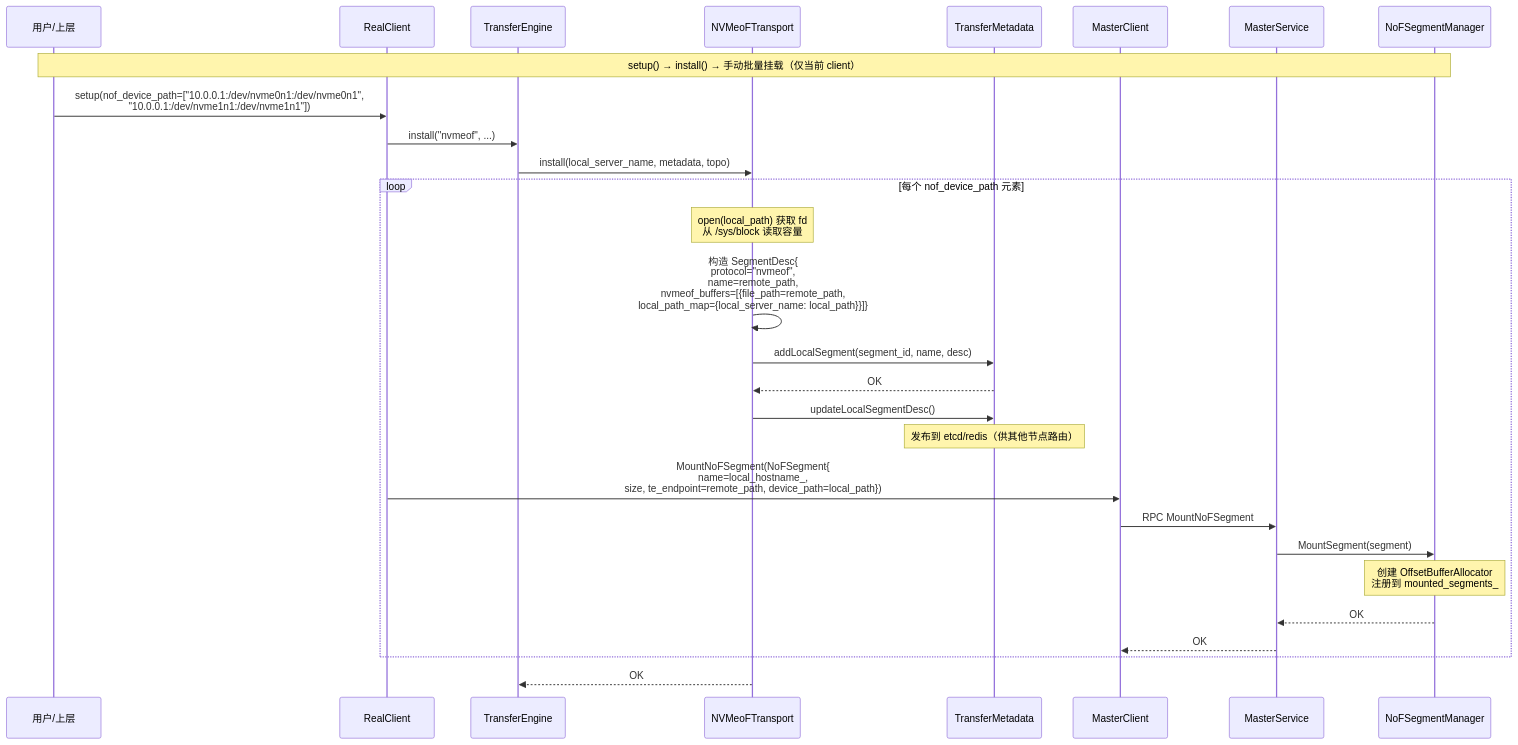
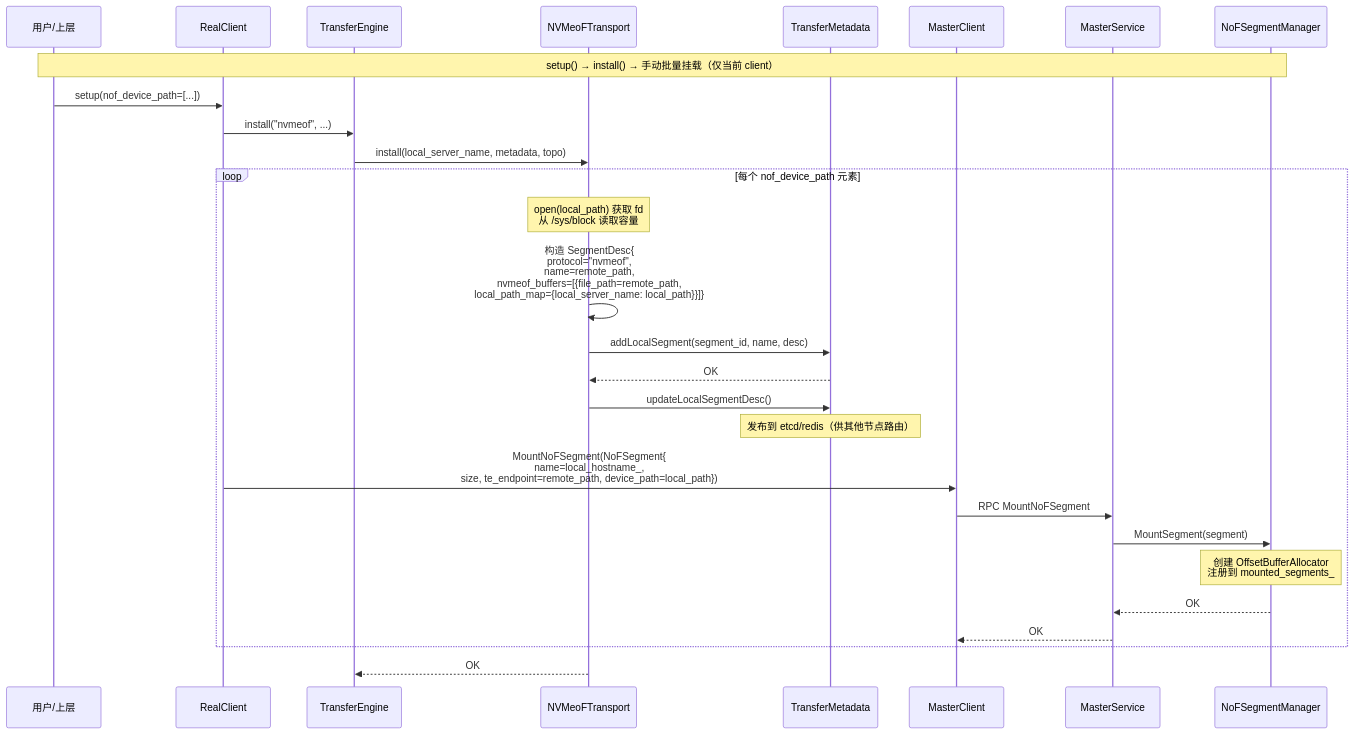
Diagram 14 of 17 in docs/rfc-nds-nvmeof-transport-cn.md (yz53665/Mooncake), drawn with Mermaid before and after one commit. The commit also changed other lines of this file, not shown here.

````diff
--- a/docs/rfc-nds-nvmeof-transport-cn.md
+++ b/docs/rfc-nds-nvmeof-transport-cn.md
@@ -632,31 +632,31 @@
 ```mermaid
 sequenceDiagram
     participant User as 用户/上层
     participant RC as RealClient
     participant TE as TransferEngine
     participant NVT as NVMeoFTransport
     participant TM as TransferMetadata
     participant MC as MasterClient
     participant MS as MasterService
     participant NSM as NoFSegmentManager
 
     Note over User,NSM: setup() → install() → 手动批量挂载（仅当前 client）
-    User->>RC: setup(nof_device_path=["10.0.0.1:/dev/nvme0n1:/dev/nvme0n1",<br/>  "10.0.0.1:/dev/nvme1n1:/dev/nvme1n1"])
+    User->>RC: setup(nof_device_path=[...])
     RC->>TE: install("nvmeof", ...)
     TE->>NVT: install(local_server_name, metadata, topo)
     loop 每个 nof_device_path 元素
         Note over NVT: open(local_path) 获取 fd<br/>从 /sys/block 读取容量
         NVT->>NVT: 构造 SegmentDesc{<br/>  protocol="nvmeof",<br/>  name=remote_path,<br/>  nvmeof_buffers=[{file_path=remote_path,<br/>    local_path_map={local_server_name: local_path}}]}
         NVT->>TM: addLocalSegment(segment_id, name, desc)
         TM-->>NVT: OK
         NVT->>TM: updateLocalSegmentDesc()
         Note over TM: 发布到 etcd/redis（供其他节点路由）
         RC->>MC: MountNoFSegment(NoFSegment{<br/>  name=local_hostname_,<br/>  size, te_endpoint=remote_path, device_path=local_path})
         MC->>MS: RPC MountNoFSegment
         MS->>NSM: MountSegment(segment)
         Note over NSM: 创建 OffsetBufferAllocator<br/>注册到 mounted_segments_
         NSM-->>MS: OK
         MS-->>MC: OK
     end
     NVT-->>TE: OK
 ```
````
